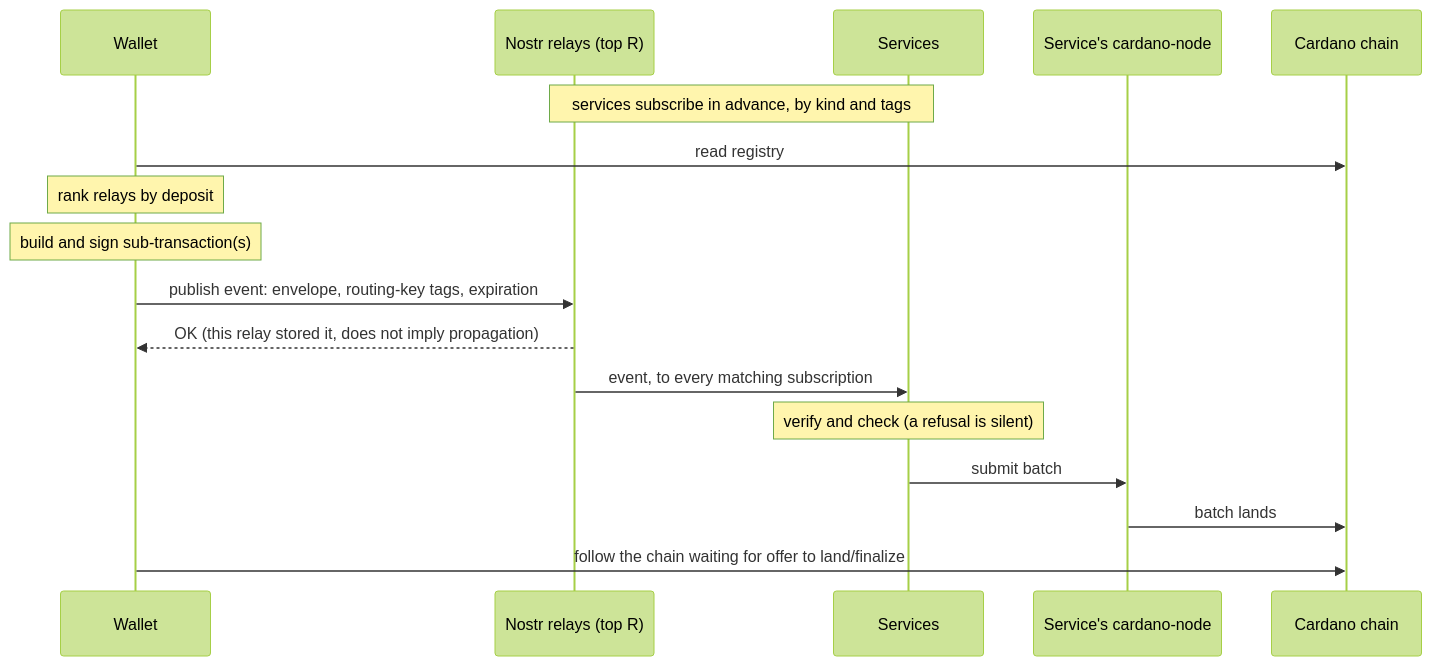
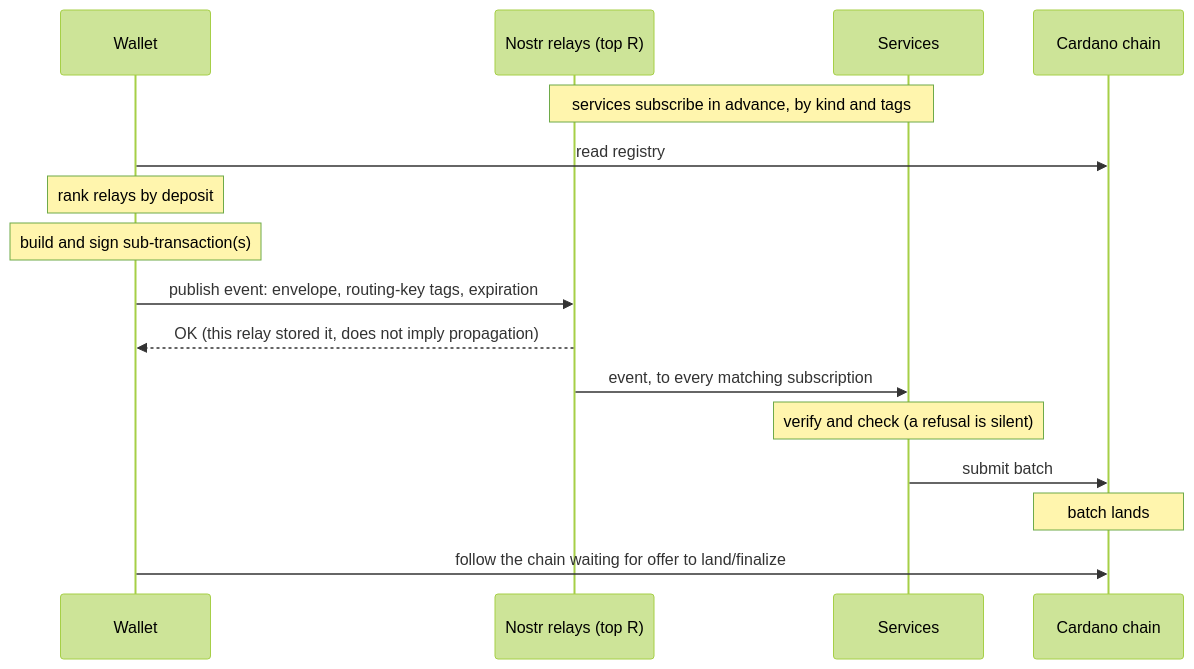
One commit to cardano-foundation/CIPs changed the third of 3 diagrams in CIP-0198/README.md. Above: the diagram before and after it, drawn with Mermaid (forest theme). The commit also changed other lines of this file, not shown here.

Commit message:
merge cardano-node and cardano chain in diagrams

````diff
--- a/CIP-0198/README.md
+++ b/CIP-0198/README.md
@@ -147,20 +146,19 @@
 ```mermaid
 sequenceDiagram
   participant W as Wallet
   participant R as Nostr relays (top R)
   participant S as Services
-  participant N as Service's cardano-node
   participant C as Cardano chain
 
   Note over R,S: services subscribe in advance, by kind and tags
   W->>C: read registry
   Note over W: rank relays by deposit
   Note over W: build and sign sub-transaction(s)
   W->>R: publish event: envelope, routing-key tags, expiration
   R-->>W: OK (this relay stored it, does not imply propagation)
   R->>S: event, to every matching subscription
   Note over S: verify and check (a refusal is silent)
-  S->>N: submit batch
-  N->>C: batch lands
+  S->>C: submit batch
+  Note over C: batch lands
   W->>C: follow the chain waiting for offer to land/finalize
 ```
````
